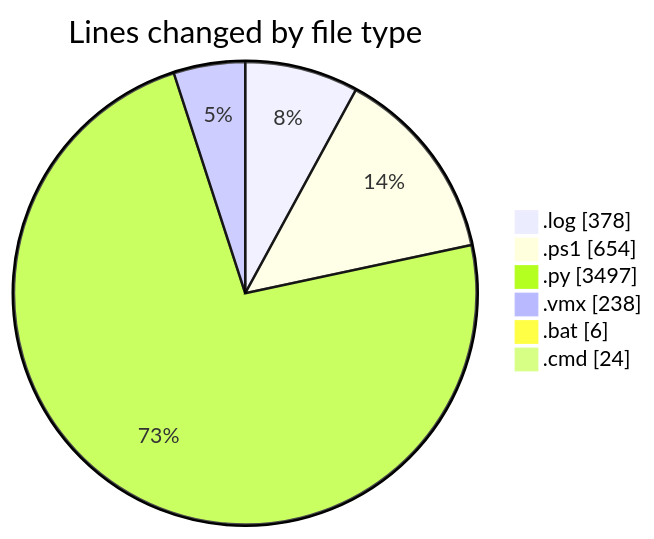
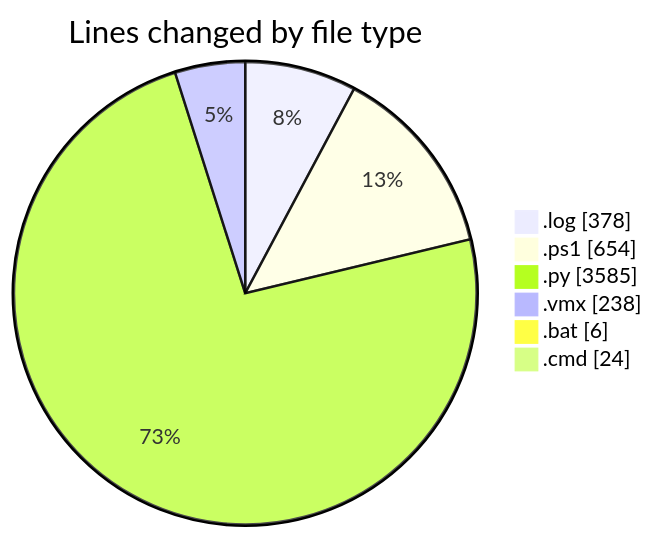
The first of 2 diagrams in 2026-07-08/twenty_versions_aminor/README.md (shibass792/code-tracking), drawn with Mermaid before and after one commit. The commit also changed other lines of this file and 1 other file, not shown here.

````diff
--- a/2026-07-08/twenty_versions_aminor/README.md
+++ b/2026-07-08/twenty_versions_aminor/README.md
@@ -37,10 +38,10 @@
 ```mermaid
 pie showData
 title Lines changed by file type
 ".log" : 378
 ".ps1" : 654
-".py" : 3497
+".py" : 3585
 ".vmx" : 238
 ".bat" : 6
 ".cmd" : 24
 ```
````
